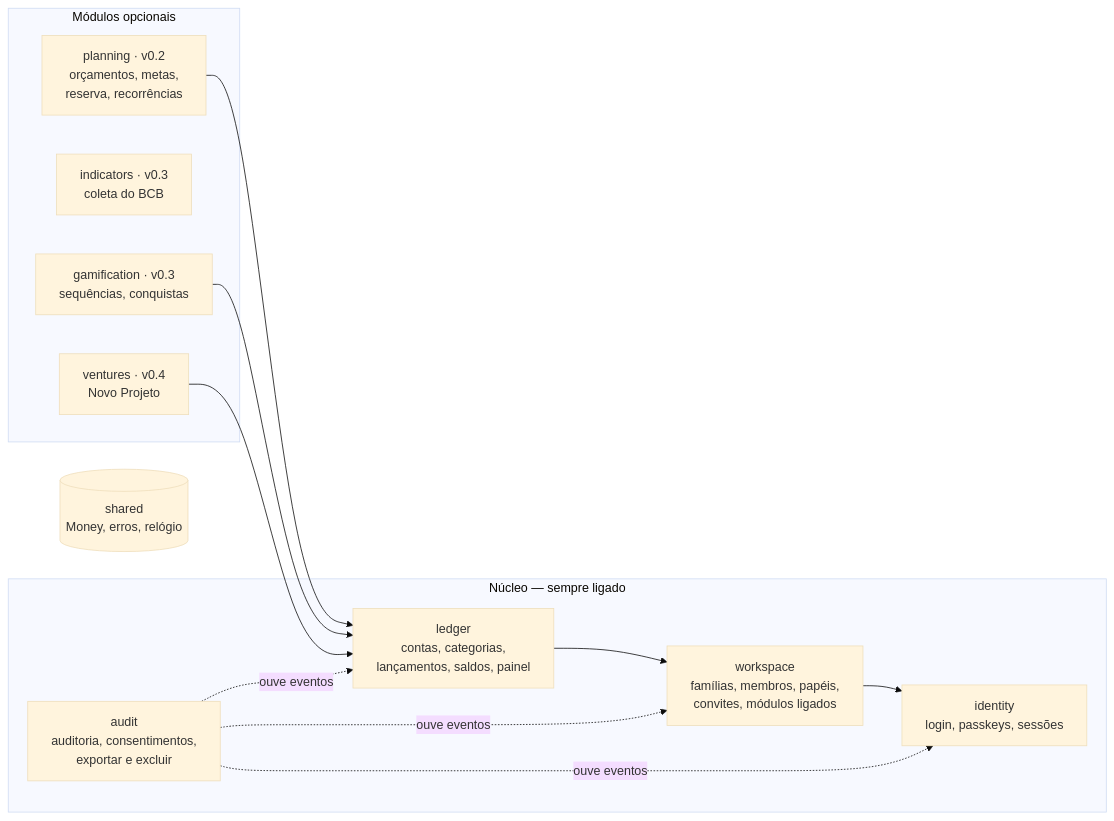
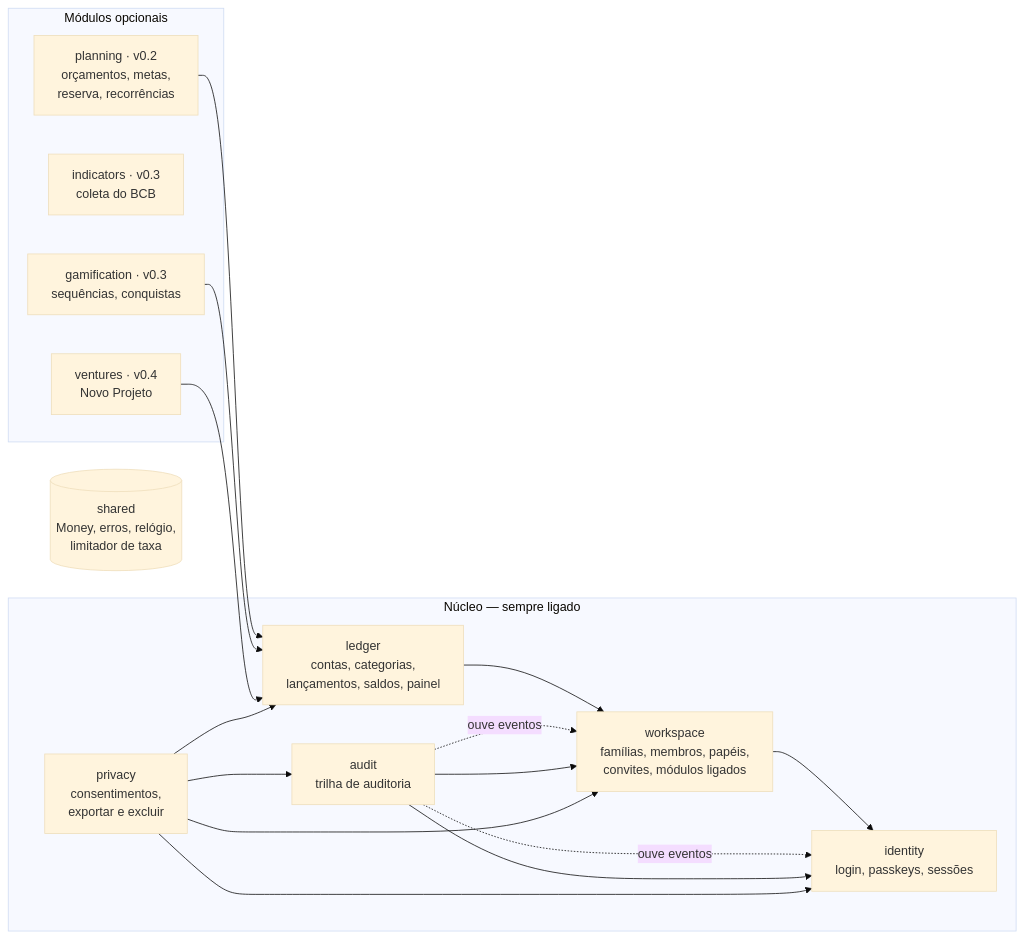
One commit to warthogozz-cyber/liberdade changed the third of 6 diagrams in docs/architecture.md. Above: the diagram before and after it, drawn with Mermaid (base theme). The commit also changed other lines of this file and 352 other files, not shown here.

````diff
--- a/docs/architecture.md
+++ b/docs/architecture.md
@@ -57,22 +57,25 @@
 ```mermaid
 flowchart LR
   subgraph núcleo[Núcleo — sempre ligado]
     identity[identity<br/>login, passkeys, sessões]
     workspace[workspace<br/>famílias, membros, papéis,<br/>convites, módulos ligados]
     ledger[ledger<br/>contas, categorias,<br/>lançamentos, saldos, painel]
-    audit[audit<br/>auditoria, consentimentos,<br/>exportar e excluir]
+    audit[audit<br/>trilha de auditoria]
+    privacy[privacy<br/>consentimentos,<br/>exportar e excluir]
   end
   subgraph opcionais[Módulos opcionais]
     planning[planning · v0.2<br/>orçamentos, metas,<br/>reserva, recorrências]
     indicators[indicators · v0.3<br/>coleta do BCB]
     gamification[gamification · v0.3<br/>sequências, conquistas]
     ventures[ventures · v0.4<br/>Novo Projeto]
   end
-  shared[(shared<br/>Money, erros, relógio)]
+  shared[(shared<br/>Money, erros, relógio,<br/>limitador de taxa)]
   workspace --> identity
   ledger --> workspace
   planning --> ledger
   gamification --> ledger
   ventures --> ledger
-  audit -. ouve eventos .-> identity & workspace & ledger
+  audit -. ouve eventos .-> identity & workspace
+  audit --> identity & workspace
+  privacy --> ledger & audit & workspace & identity
 ```
````
